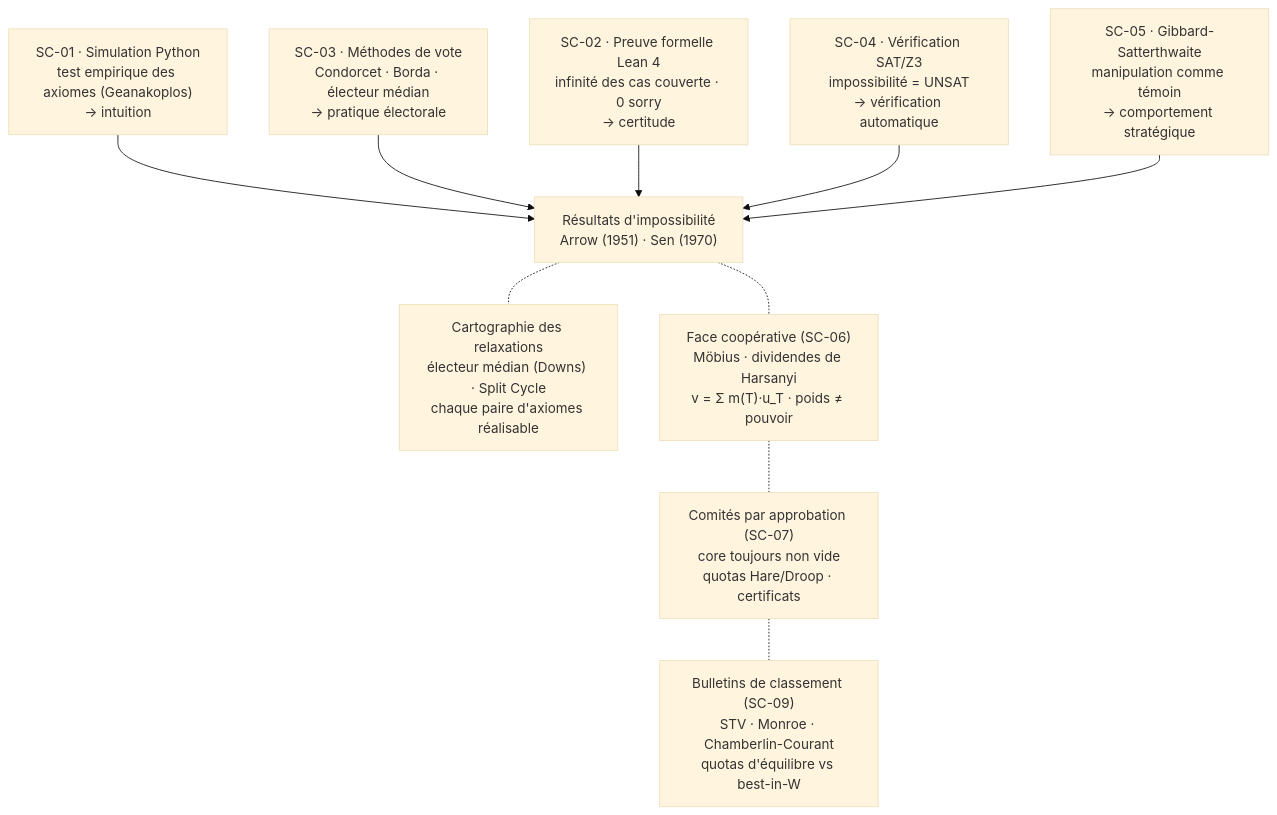
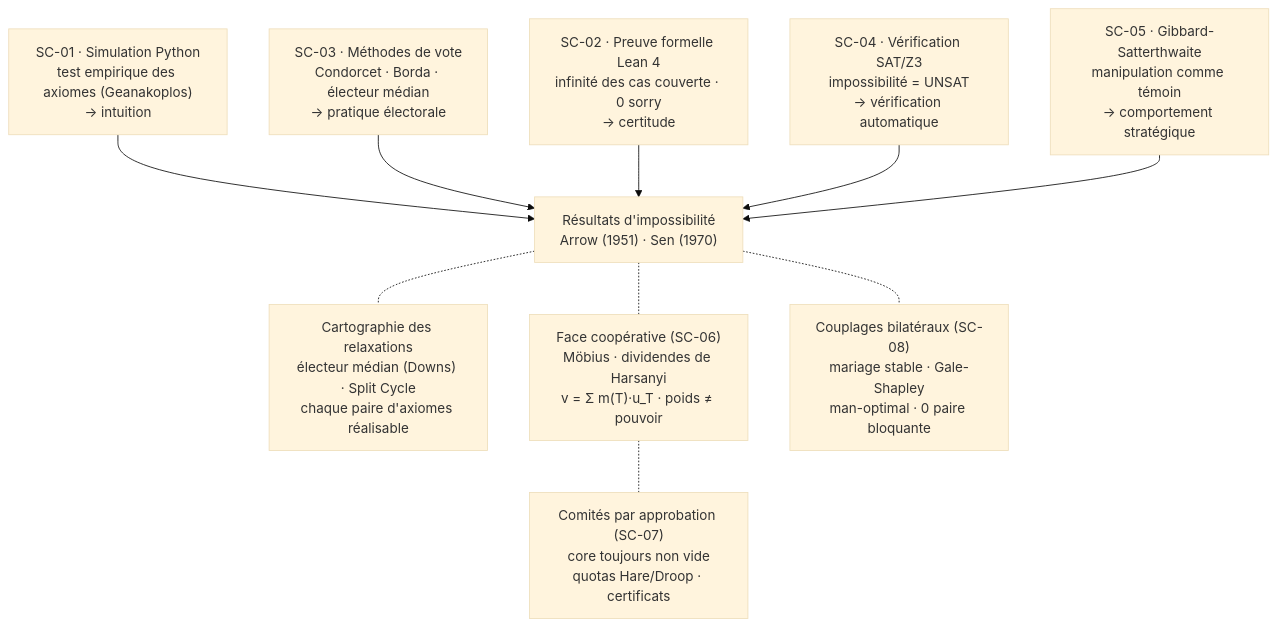
One commit to jsboige/CoursIA changed the diagram in MyIA.AI.Notebooks/GameTheory/SocialChoice/README.md. Above: the diagram before and after it, drawn with Mermaid (base theme). The commit also changed other lines of this file and 2 other files, not shown here.

First line of the commit message:
@feat(notebook,#19681): add SC-08 Mariage Stable -- Gale-Shapley + twin with game_theory_lean/StableMarriage

````diff
--- a/MyIA.AI.Notebooks/GameTheory/SocialChoice/README.md
+++ b/MyIA.AI.Notebooks/GameTheory/SocialChoice/README.md
@@ -52,20 +51,20 @@
 ```mermaid
 flowchart TD
     Result["Résultats d'impossibilité<br/>Arrow (1951) · Sen (1970)"]
 
     E1["SC-01 · Simulation Python<br/>test empirique des axiomes (Geanakoplos)<br/>→ intuition"]
     E2["SC-03 · Méthodes de vote<br/>Condorcet · Borda · électeur médian<br/>→ pratique électorale"]
     E3["SC-02 · Preuve formelle Lean 4<br/>infinité des cas couverte · 0 sorry<br/>→ certitude"]
     E4["SC-04 · Vérification SAT/Z3<br/>impossibilité = UNSAT<br/>→ vérification automatique"]
     E5["SC-05 · Gibbard-Satterthwaite<br/>manipulation comme témoin<br/>→ comportement stratégique"]
 
     E1 --> Result
     E2 --> Result
     E3 --> Result
     E4 --> Result
     E5 --> Result
     Result -.- Relax["Cartographie des relaxations<br/>électeur médian (Downs) · Split Cycle<br/>chaque paire d'axiomes réalisable"]
     Result -.- Coop["Face coopérative (SC-06)<br/>Möbius · dividendes de Harsanyi<br/>v = Σ m(T)·u_T · poids ≠ pouvoir"]
     Coop -.- Comm["Comités par approbation (SC-07)<br/>core toujours non vide<br/>quotas Hare/Droop · certificats"]
-    Comm -.- Rank2["Bulletins de classement (SC-09)<br/>STV · Monroe · Chamberlin-Courant<br/>quotas d'équilibre vs best-in-W"]
+    Result -.- Match["Couplages bilatéraux (SC-08)<br/>mariage stable · Gale-Shapley<br/>man-optimal · 0 paire bloquante"]
 ```
````
